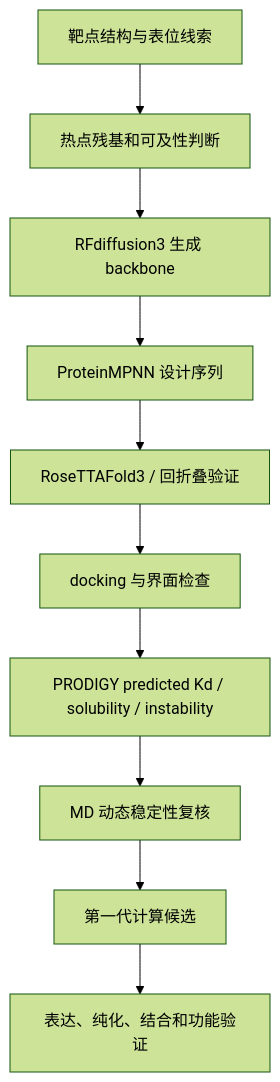
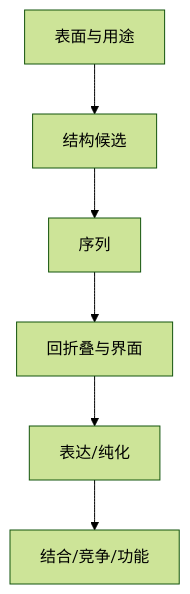
The second of 2 diagrams in book/docs/chapters/chapter-12.md (luvega/AI_MD), drawn with Mermaid (forest theme) before and after one commit. The commit also changed other lines of this file and 692 other files, not shown here.

````diff
--- a/book/docs/chapters/chapter-12.md
+++ b/book/docs/chapters/chapter-12.md
@@ -121,12 +108,8 @@
 ```mermaid
 flowchart TD
-    A["靶点结构与表位线索"] --> B["热点残基和可及性判断"]
-    B --> C["RFdiffusion3 生成 backbone"]
-    C --> D["ProteinMPNN 设计序列"]
-    D --> E["RoseTTAFold3 / 回折叠验证"]
-    E --> F["docking 与界面检查"]
-    F --> G["PRODIGY predicted Kd / solubility / instability"]
-    G --> H["MD 动态稳定性复核"]
-    H --> I["第一代计算候选"]
-    I --> J["表达、纯化、结合和功能验证"]
+  A[表面与用途] --> B[结构候选]
+  B --> C[序列]
+  C --> D[回折叠与界面]
+  D --> E[表达/纯化]
+  E --> F[结合/竞争/功能]
 ```
````
